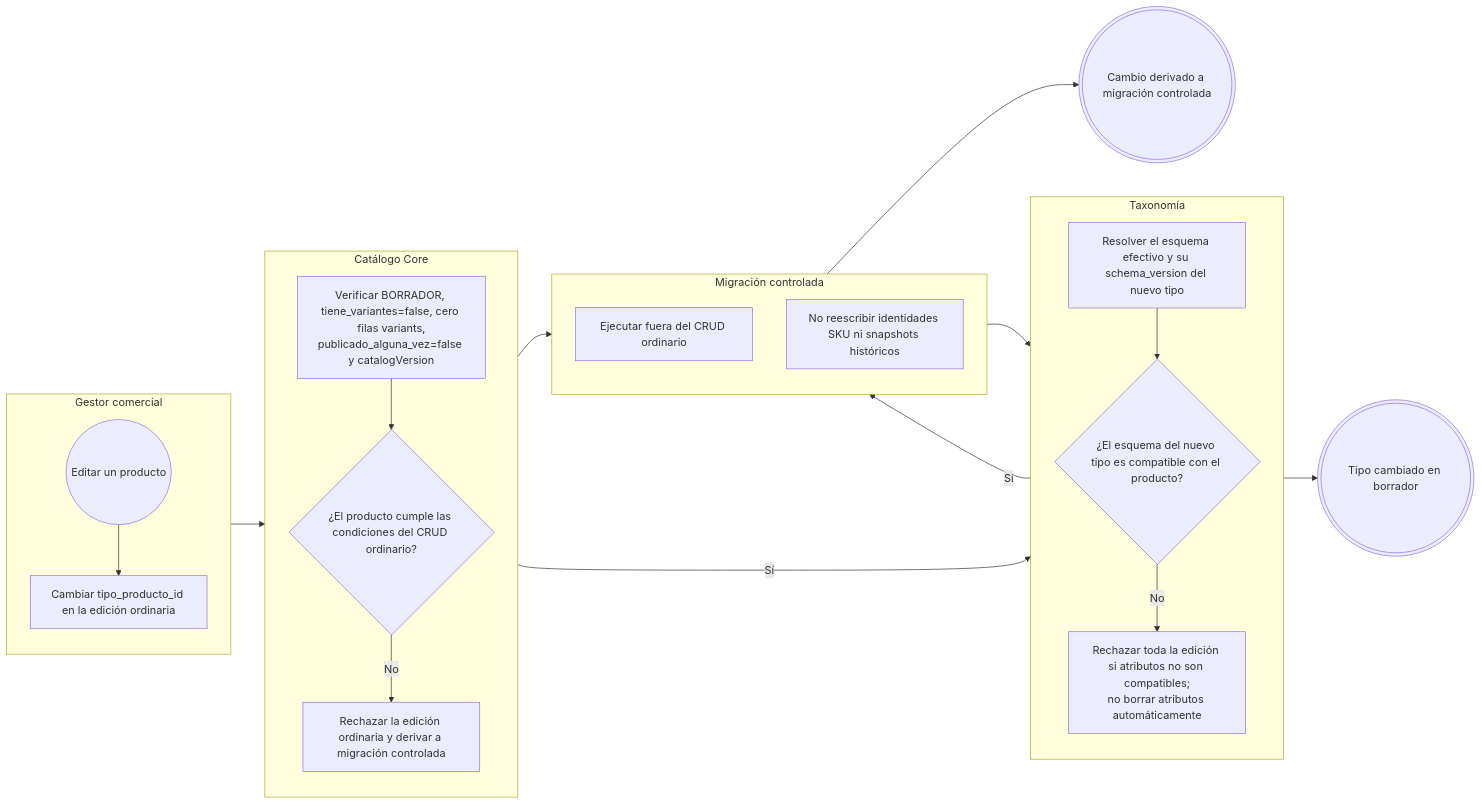
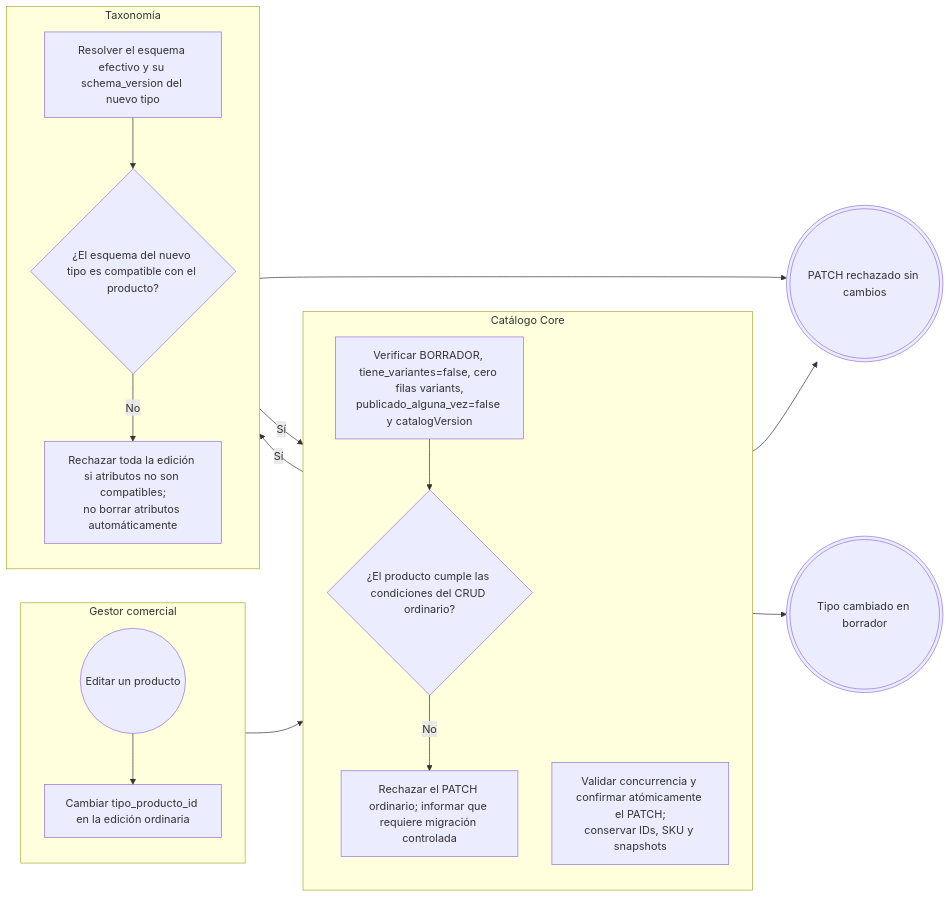
The seventh of 7 diagrams in requisitos/flujos/FLOW-010-asociacion-tipo-producto-caracteristica.md (Taller-SW-Web/G6-Productos-Ofertas-docs), drawn with Mermaid before and after one commit. The commit also changed other lines of this file and 16 other files, not shown here.

````diff
--- a/requisitos/flujos/FLOW-010-asociacion-tipo-producto-caracteristica.md
+++ b/requisitos/flujos/FLOW-010-asociacion-tipo-producto-caracteristica.md
@@ -285,45 +291,39 @@
 ```mermaid
 flowchart LR
 
     subgraph GESTOR["Gestor comercial"]
         direction TB
         INICIO((Editar un producto))
         G1["Cambiar tipo_producto_id en la edición ordinaria"]
     end
 
     subgraph CATALOGO["Catálogo Core"]
         direction TB
         C1["Verificar BORRADOR, tiene_variantes=false, cero filas variants,<br/>publicado_alguna_vez=false y catalogVersion"]
         D1{"¿El producto cumple las condiciones del CRUD ordinario?"}
-        C2["Rechazar la edición ordinaria y derivar a migración controlada"]
+        C2["Rechazar el PATCH ordinario; informar que requiere migración controlada"]
+        C3["Validar concurrencia y confirmar atómicamente el PATCH;<br/>conservar IDs, SKU y snapshots"]
     end
 
     subgraph TAXONOMIA["Taxonomía"]
         direction TB
         T1["Resolver el esquema efectivo y su schema_version del nuevo tipo"]
         D2{"¿El esquema del nuevo tipo es compatible con el producto?"}
         T2["Rechazar toda la edición si atributos no son compatibles;<br/>no borrar atributos automáticamente"]
     end
 
-    subgraph MIGRACION["Migración controlada"]
-        direction TB
-        M1["Ejecutar fuera del CRUD ordinario"]
-        M2["No reescribir identidades SKU ni snapshots históricos"]
-    end
-
     FIN_ORDINARIO(((Tipo cambiado en borrador)))
-    FIN_MIGRACION(((Cambio derivado a migración controlada)))
+    FIN_RECHAZADO(((PATCH rechazado sin cambios)))
 
     INICIO --> G1
     G1 --> C1
     C1 --> D1
     D1 -->|"No"| C2
-    C2 --> M1
-    M1 --> T1
+    C2 --> FIN_RECHAZADO
+    D1 -->|"Sí"| T1
     T1 --> D2
-    D2 -->|"Sí"| M2
-    M2 --> FIN_MIGRACION
+    D2 -->|"Sí"| C3
+    C3 --> FIN_ORDINARIO
     D2 -->|"No"| T2
-    D1 -->|"Sí"| T1
-    T2 --> FIN_ORDINARIO
+    T2 --> FIN_RECHAZADO
 ```
````
